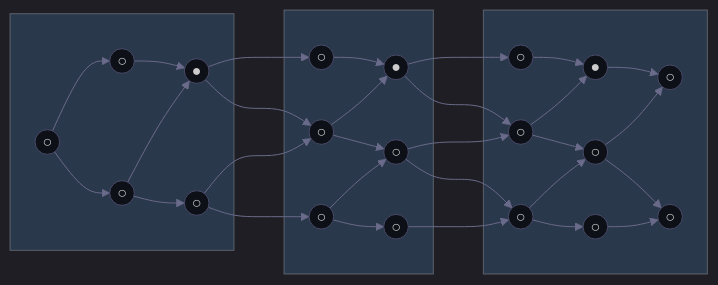
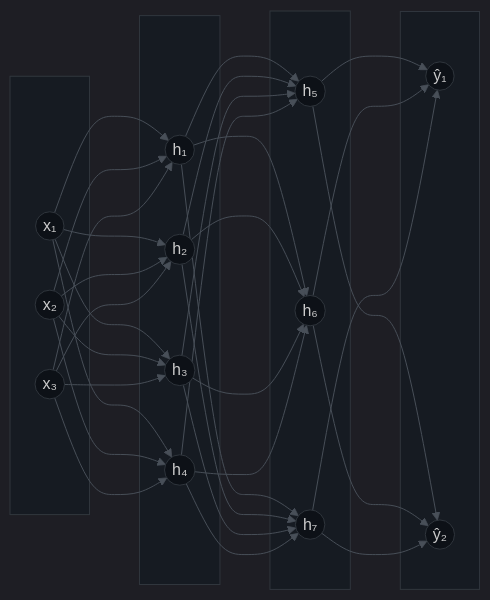
Before and after one commit to MaykonAdriell/MaykonAdriell: the diagram in README.md, drawn with Mermaid.

Commit message:
fix: proper feedforward neural network diagram - input, hidden, output layers

````diff
--- a/README.md
+++ b/README.md
@@ -21,40 +21,40 @@
 ```mermaid
-%%{init: {'theme': 'dark', 'themeVariables': { 'primaryColor': '#1a1a2e', 'primaryTextColor': '#fff', 'primaryBorderColor': '#4a4a6a', 'lineColor': '#6a6a8a', 'secondaryColor': '#16213e', 'tertiaryColor': '#0f0f1a', 'background': '#0d1117', 'mainBkg': '#0d1117', 'nodeBorder': '#4a4a6a'}}}%%
-graph LR
-    subgraph Σ [" "]
-        A((○)) --> B((○))
-        A --> C((○))
-        B --> D((●))
-        C --> D
-        C --> E((○))
+%%{init: {'theme': 'dark', 'themeVariables': { 'primaryColor': '#1a1a2e', 'primaryTextColor': '#c9d1d9', 'primaryBorderColor': '#30363d', 'lineColor': '#484f58', 'secondaryColor': '#161b22', 'tertiaryColor': '#0d1117', 'background': '#0d1117', 'mainBkg': '#0d1117', 'nodeBorder': '#30363d', 'clusterBkg': '#161b22', 'clusterBorder': '#30363d'}}}%%
+flowchart LR
+    subgraph Input[" "]
+        I1((x₁))
+        I2((x₂))
+        I3((x₃))
     end
     
-    subgraph Δ [" "]
-        D --> F((○))
-        D --> G((○))
-        E --> G
-        E --> H((○))
-        F --> I((●))
-        G --> I
-        G --> J((○))
-        H --> J
-        H --> K((○))
+    subgraph Hidden1[" "]
+        H1((h₁))
+        H2((h₂))
+        H3((h₃))
+        H4((h₄))
     end
     
-    subgraph Omega [" "]
-        I --> L((○))
-        I --> M((○))
-        J --> M
-        J --> N((○))
-        K --> N
-        L --> O((●))
-        M --> O
-        M --> P((○))
-        N --> P
-        N --> Q((○))
-        O --> R((○))
-        P --> R
-        P --> S((○))
-        Q --> S
+    subgraph Hidden2[" "]
+        H5((h₅))
+        H6((h₆))
+        H7((h₇))
     end
+    
+    subgraph Output[" "]
+        O1((ŷ₁))
+        O2((ŷ₂))
+    end
+    
+    I1 --> H1 & H2 & H3 & H4
+    I2 --> H1 & H2 & H3 & H4
+    I3 --> H1 & H2 & H3 & H4
+    
+    H1 --> H5 & H6 & H7
+    H2 --> H5 & H6 & H7
+    H3 --> H5 & H6 & H7
+    H4 --> H5 & H6 & H7
+    
+    H5 --> O1 & O2
+    H6 --> O1 & O2
+    H7 --> O1 & O2
 ```
````
